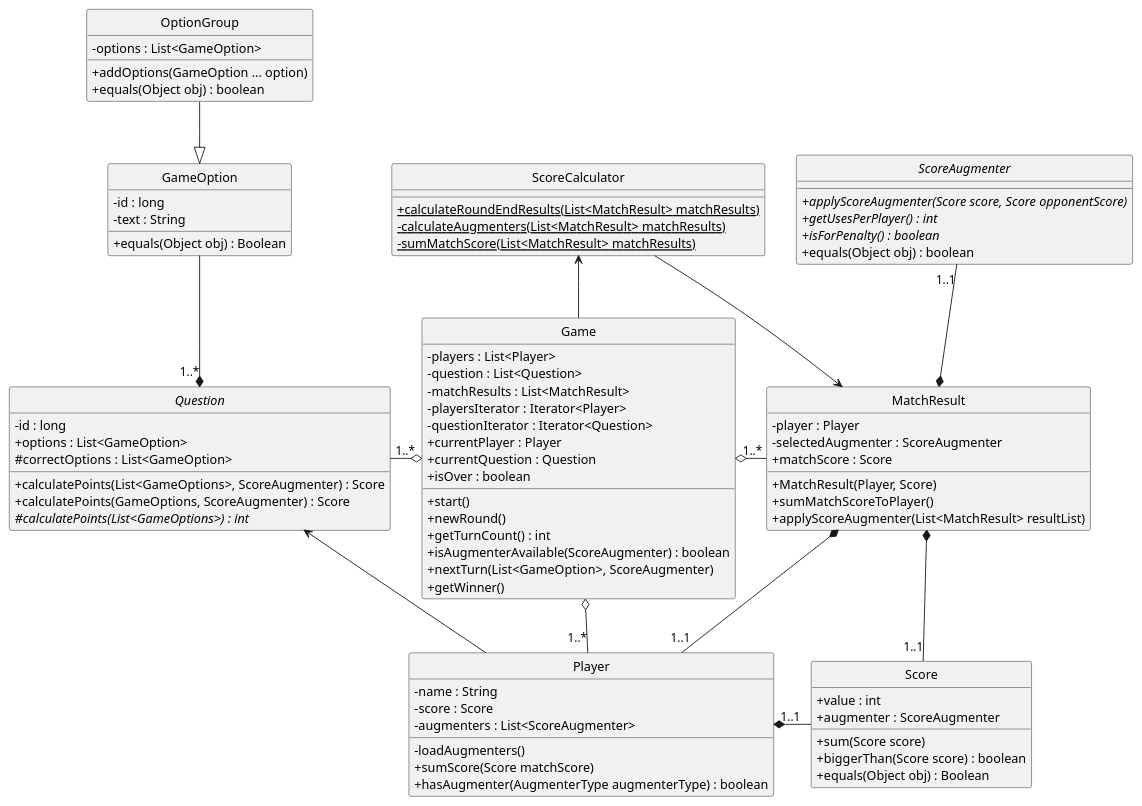
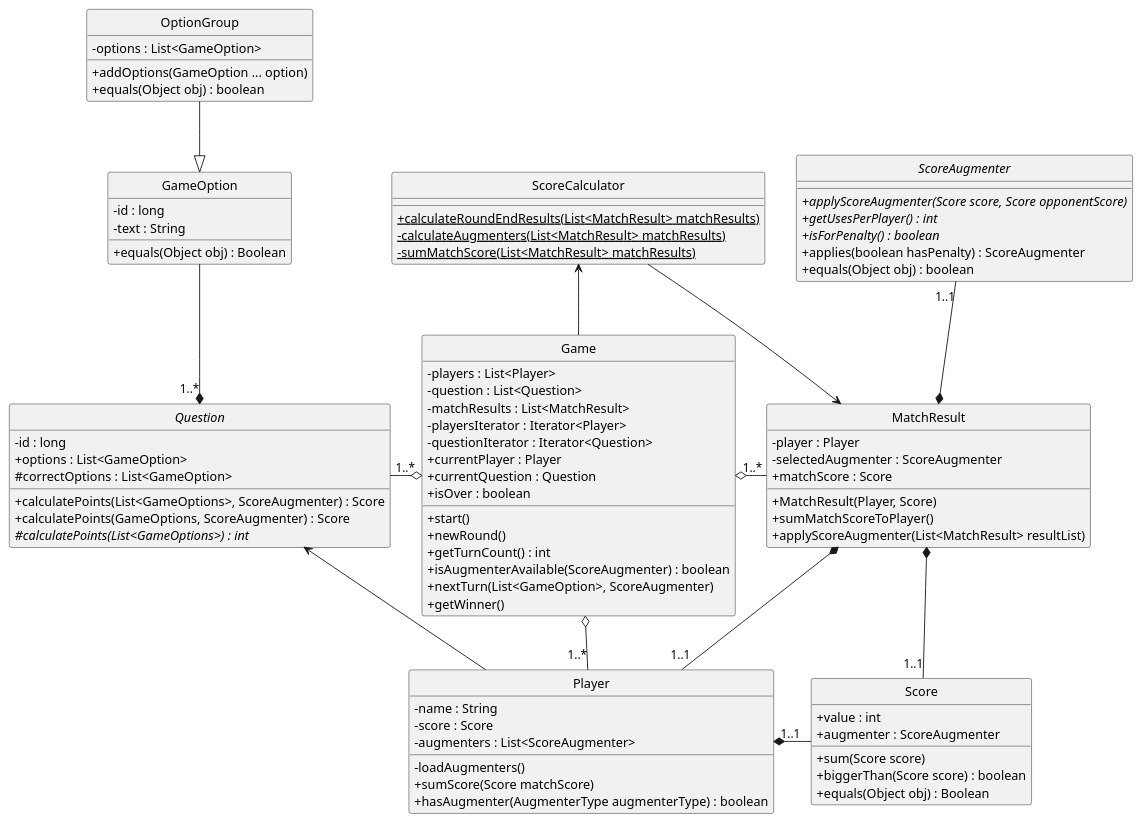
The diagram in docs/diagramaClases-Principal-TP2.plantuml (GEscandar/TP2-Kahoot), drawn with PlantUML before and after one commit. The commit also changed 14 other files, not shown here.

Commit message:
Cambios en diagramas

```diff
--- a/docs/diagramaClases-Principal-TP2.plantuml
+++ b/docs/diagramaClases-Principal-TP2.plantuml
@@ -1,101 +1,102 @@
 @startuml DiagramaUML-Clases-TP2
 hide circle
 skinparam classAttributeIconSize 0
 
 abstract Question{
     - id : long
     + options : List<GameOption>
     # correctOptions : List<GameOption>
     + calculatePoints(List<GameOptions>, ScoreAugmenter) : Score
     + calculatePoints(GameOptions, ScoreAugmenter) : Score
     # {abstract}calculatePoints(List<GameOptions>) : int
 }
 
 class GameOption{
     - id : long
 	  - text : String
     + equals(Object obj) : Boolean
 }
 
 class OptionGroup{
     - options : List<GameOption>
     + addOptions(GameOption ... option)
     + equals(Object obj) : boolean
 }
 
 class MatchResult{
     + MatchResult(Player, Score)
     - player : Player
 	  - selectedAugmenter : ScoreAugmenter
 	  + matchScore : Score
     + sumMatchScoreToPlayer()
     + applyScoreAugmenter(List<MatchResult> resultList) 
 }
 
 class Score{
     + value : int
     + augmenter : ScoreAugmenter
     + sum(Score score)
     + biggerThan(Score score) : boolean
     + equals(Object obj) : Boolean
 }
 
 class Game{	
     - players : List<Player>
 	  - question : List<Question>
     - matchResults : List<MatchResult>
     - playersIterator : Iterator<Player>
     - questionIterator : Iterator<Question>
 	  + currentPlayer : Player
     + currentQuestion : Question
     + isOver : boolean
     + start()
     + newRound()
     + getTurnCount() : int
     + isAugmenterAvailable(ScoreAugmenter) : boolean
     + nextTurn(List<GameOption>, ScoreAugmenter)
     + getWinner()
 }
 
 class ScoreCalculator{
     + {static} calculateRoundEndResults(List<MatchResult> matchResults)
 	  - {static} calculateAugmenters(List<MatchResult> matchResults)
     - {static} sumMatchScore(List<MatchResult> matchResults)
 }
 
 class Player{
     - name : String
 	  - score : Score
     - augmenters : List<ScoreAugmenter>
 	  - loadAugmenters()
     + sumScore(Score matchScore)
     + hasAugmenter(AugmenterType augmenterType) : boolean
 }
 
 abstract ScoreAugmenter{
     + {abstract}applyScoreAugmenter(Score score, Score opponentScore)
     + {abstract}getUsesPerPlayer() : int 
     + {abstract}isForPenalty() : boolean
+    + applies(boolean hasPenalty) : ScoreAugmenter
     + equals(Object obj) : boolean
 }
 
 
 Game  o--left"1..*"  Question
 Game o--"1..*"  Player
 Game o--right"1..*"  MatchResult
 Game --up> ScoreCalculator
 
 MatchResult *--up"1..1" ScoreAugmenter
 MatchResult *--"1..1" Player
 MatchResult *--down"1..1" Score 
 
 ScoreCalculator --> MatchResult
 
 Player --up> Question
 
 Player "1..1"*--right Score
 
 Question "1..*"*--up GameOption
 OptionGroup --down|> GameOption
 
 @enduml
```
